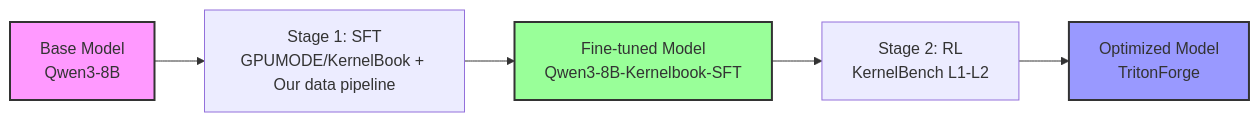
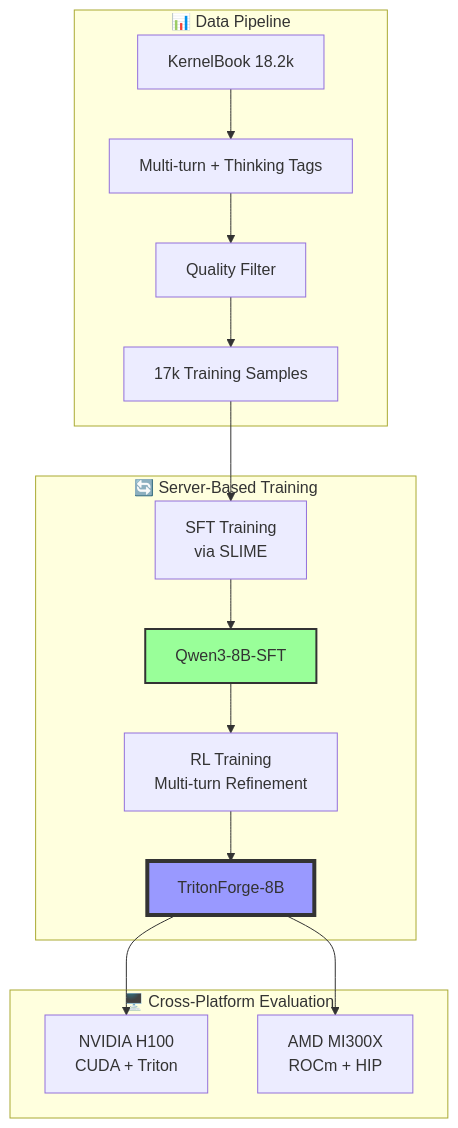
One commit to RLsys-Foundation/TritonForge changed the diagram in README.md. Above: the diagram before and after it, drawn with Mermaid. The commit also changed other lines of this file and 1 other file, not shown here.

Commit message:
Add arch diagram

````diff
--- a/README.md
+++ b/README.md
@@ -273,11 +275,23 @@
 ```mermaid
-graph LR
-    A["Base Model<br/>Qwen3-8B"] --> B["Stage 1: SFT<br/>GPUMODE/KernelBook + Our data pipeline"]
-    B --> C["Fine-tuned Model<br/>Qwen3-8B-Kernelbook-SFT"]
-    C --> D["Stage 2: RL<br/>KernelBench L1-L2"]
-    D --> E["Optimized Model<br/>TritonForge"]
-    
-    style A fill:#f9f,stroke:#333,stroke-width:2px
-    style C fill:#9f9,stroke:#333,stroke-width:2px
-    style E fill:#99f,stroke:#333,stroke-width:2px
+graph TB
+    subgraph "📊 Data Pipeline"
+        KB[KernelBook 18.2k] --> Aug[Multi-turn + Thinking Tags]
+        Aug --> Filter[Quality Filter]
+        Filter --> Data[17k Training Samples]
+    end
+
+    subgraph "🔄 Server-Based Training"
+        Data --> SFT[SFT Training<br/>via SLIME]
+        SFT --> Model1[Qwen3-8B-SFT]
+        Model1 --> RL[RL Training<br/>Multi-turn Refinement]
+        RL --> Model2[TritonForge-8B]
+    end
+
+    subgraph "🖥️ Cross-Platform Evaluation"
+        Model2 --> NV[NVIDIA H100<br/>CUDA + Triton]
+        Model2 --> AMD[AMD MI300X<br/>ROCm + HIP]
+    end
+
+    style Model1 fill:#9f9,stroke:#333,stroke-width:2px
+    style Model2 fill:#99f,stroke:#333,stroke-width:4px
 ```
````
